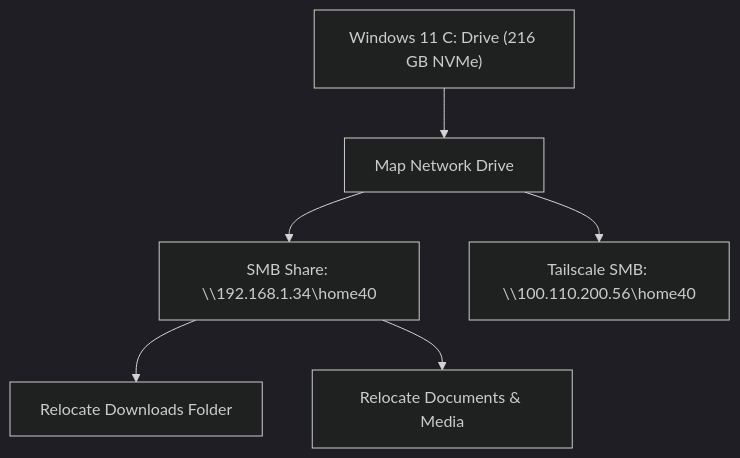
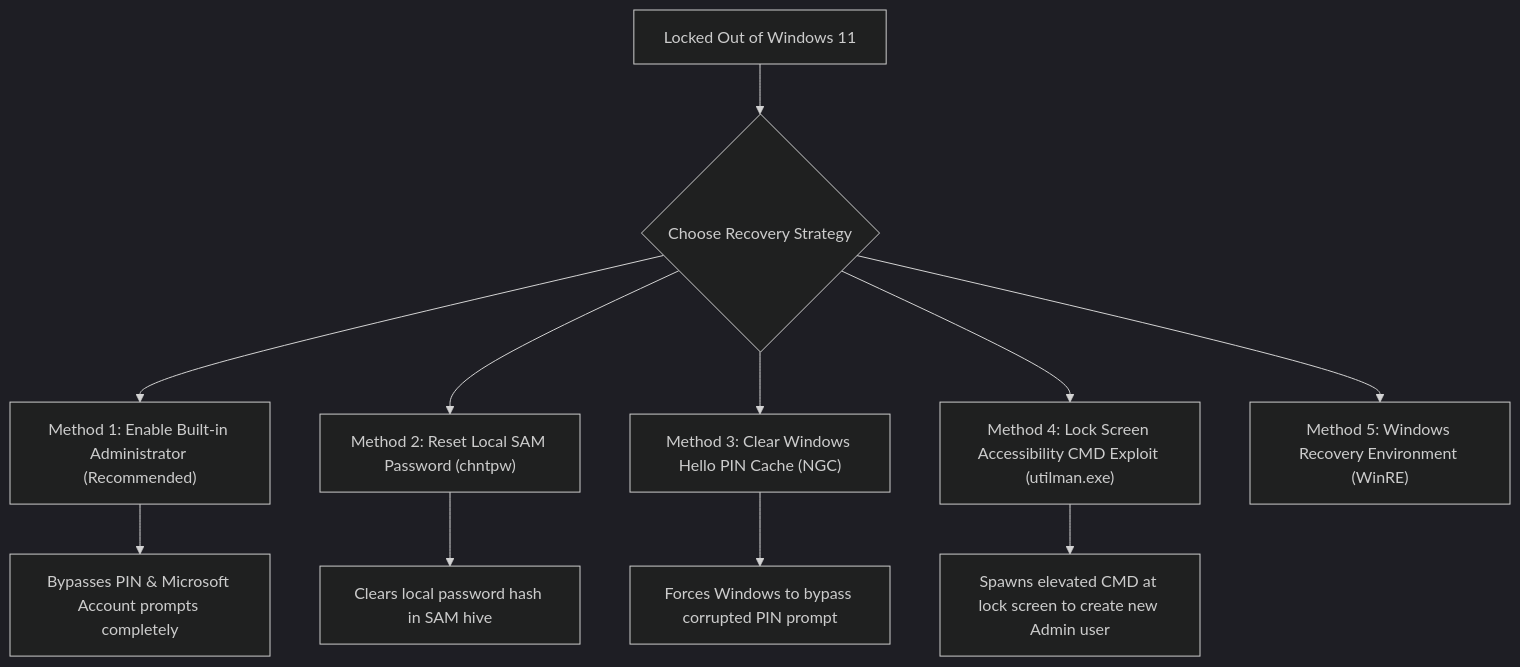
Before and after one commit to alan-prudom/setup-usb-boot-keys: the diagram in windows_disk_recovery_and_smb_guide.md, drawn with Mermaid (dark theme). The commit also changed other lines of this file, not shown here.

Commit message:
docs: expand Windows 11 password recovery & lock screen master guide

````diff
--- a/windows_disk_recovery_and_smb_guide.md
+++ b/windows_disk_recovery_and_smb_guide.md
@@ -57,9 +14,15 @@
 ```mermaid
 graph TD
-    A["Windows 11 C: Drive (216 GB NVMe)"] --> B["Map Network Drive"]
-    B --> C["SMB Share: \\192.168.1.34\home40"]
-    B --> D["Tailscale SMB: \\100.110.200.56\home40"]
+    A["Locked Out of Windows 11"] --> B{"Choose Recovery Strategy"}
     
-    C --> E["Relocate Downloads Folder"]
-    C --> F["Relocate Documents & Media"]
+    B --> C["Method 1: Enable Built-in Administrator (Recommended)"]
+    B --> D["Method 2: Reset Local SAM Password (chntpw)"]
+    B --> E["Method 3: Clear Windows Hello PIN Cache (NGC)"]
+    B --> F["Method 4: Lock Screen Accessibility CMD Exploit (utilman.exe)"]
+    B --> G["Method 5: Windows Recovery Environment (WinRE)"]
+
+    C --> C1["Bypasses PIN & Microsoft Account prompts completely"]
+    D --> D1["Clears local password hash in SAM hive"]
+    E --> E1["Forces Windows to bypass corrupted PIN prompt"]
+    F --> F1["Spawns elevated CMD at lock screen to create new Admin user"]
 ```
````
